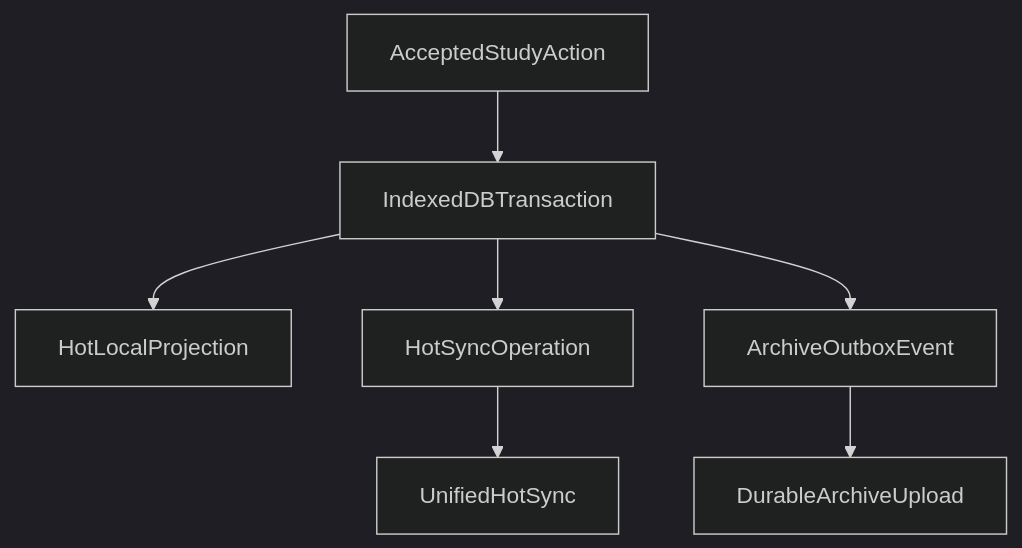
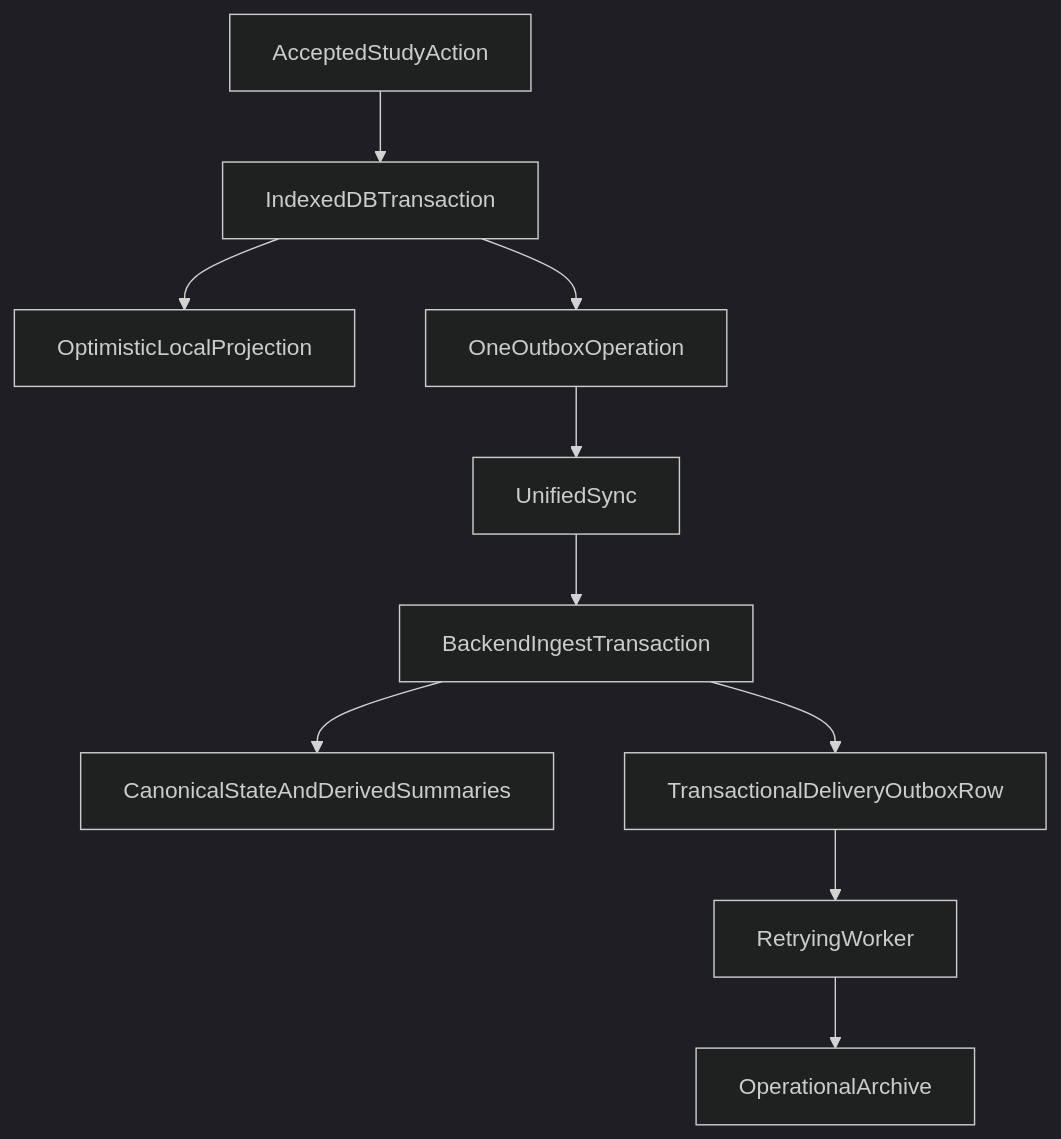
The second of 4 diagrams in docs/notes/STUDY-ENGINE-BRAINSTORM/STUDY-ENGINE-DESIGN/ARCHIVES-AND-PRIVACY.md (PikaPikaGems/kanji-heatmap), drawn with Mermaid (dark theme) before and after one commit. The commit also changed other lines of this file and 8 other files, not shown here.

````diff
--- a/docs/notes/STUDY-ENGINE-BRAINSTORM/STUDY-ENGINE-DESIGN/ARCHIVES-AND-PRIVACY.md
+++ b/docs/notes/STUDY-ENGINE-BRAINSTORM/STUDY-ENGINE-DESIGN/ARCHIVES-AND-PRIVACY.md
@@ -68,9 +57,12 @@
 ```mermaid
 flowchart TD
     UserAction[AcceptedStudyAction] --> LocalTx[IndexedDBTransaction]
-    LocalTx --> Projection[HotLocalProjection]
-    LocalTx --> HotOperation[HotSyncOperation]
-    LocalTx --> RawEvent[ArchiveOutboxEvent]
-    HotOperation --> HotSync[UnifiedHotSync]
-    RawEvent --> ArchiveUpload[DurableArchiveUpload]
+    LocalTx --> Projection[OptimisticLocalProjection]
+    LocalTx --> Operation[OneOutboxOperation]
+    Operation --> Sync[UnifiedSync]
+    Sync --> Ingest[BackendIngestTransaction]
+    Ingest --> Canonical[CanonicalStateAndDerivedSummaries]
+    Ingest --> Delivery[TransactionalDeliveryOutboxRow]
+    Delivery --> Worker[RetryingWorker]
+    Worker --> R2[OperationalArchive]
 ```
````
